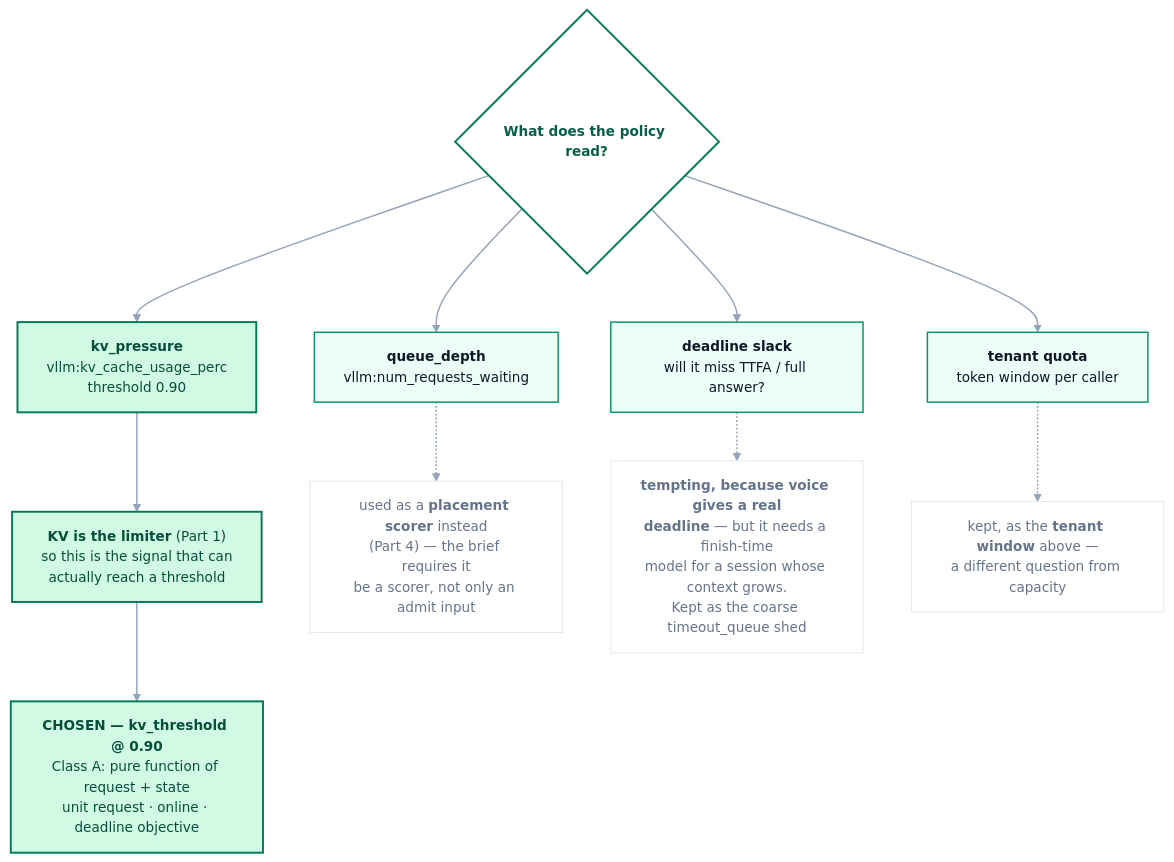
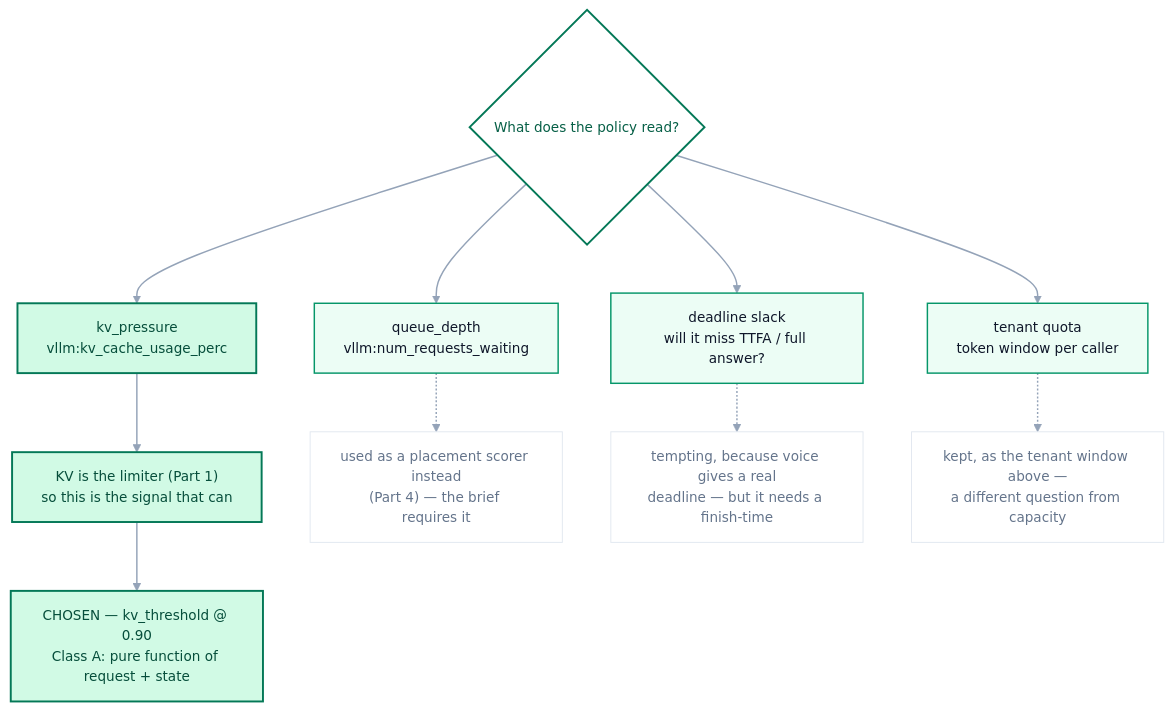
The fifth of 7 diagrams in SUBMISSION.md (harshuljain13/Dodona), drawn with Mermaid before and after one commit. The commit also changed other lines of this file and 17 other files, not shown here.

````diff
--- a/SUBMISSION.md
+++ b/SUBMISSION.md
@@ -604,51 +604,51 @@
 ```mermaid
 %%{init: {'theme':'base','themeVariables':{
   'fontFamily':'ui-sans-serif, -apple-system, Segoe UI, Inter, Helvetica, Arial, sans-serif','fontSize':'14px',
   'primaryColor':'#ecfdf5','primaryTextColor':'#0f172a','primaryBorderColor':'#059669',
   'secondaryColor':'#f8fafc','tertiaryColor':'#ffffff',
   'lineColor':'#94a3b8','textColor':'#1e293b',
   'clusterBkg':'#ffffff','clusterBorder':'#a7f3d0',
   'edgeLabelBackground':'#ffffff','nodeBorder':'#059669'
 }}}%%
 flowchart TD
-    S{"<b>What does the policy read?</b>"}
-    KV["<b>kv_pressure</b><br/>vllm:kv_cache_usage_perc<br/>threshold 0.90"]
-    QD["<b>queue_depth</b><br/>vllm:num_requests_waiting"]
-    DL["<b>deadline slack</b><br/>will it miss TTFA / full answer?"]
-    TQ["<b>tenant quota</b><br/>token window per caller"]
+    S{"What does the policy read?"}
+    KV["kv_pressure<br/>vllm:kv_cache_usage_perc"]
+    QD["queue_depth<br/>vllm:num_requests_waiting"]
+    DL["deadline slack<br/>will it miss TTFA / full answer?"]
+    TQ["tenant quota<br/>token window per caller"]
 
-    KVY["<b>KV is the limiter</b> (Part 1)<br/>so this is the signal that can<br/>actually reach a threshold"]
-    QDX["used as a <b>placement scorer</b> instead<br/>(Part 4) — the brief requires it<br/>be a scorer, not only an admit input"]
-    DLX["<b>tempting, because voice gives a real<br/>deadline</b> — but it needs a finish-time<br/>model for a session whose context grows.<br/>Kept as the coarse timeout_queue shed"]
-    TQX["kept, as the <b>tenant window</b> above —<br/>a different question from capacity"]
+    KVY["KV is the limiter (Part 1)<br/>so this is the signal that can"]
+    QDX["used as a placement scorer instead<br/>(Part 4) — the brief requires it"]
+    DLX["tempting, because voice gives a real<br/>deadline — but it needs a finish-time"]
+    TQX["kept, as the tenant window above —<br/>a different question from capacity"]
 
-    FIN["<b>CHOSEN — kv_threshold @ 0.90</b><br/>Class A: pure function of request + state<br/>unit request · online · deadline objective"]
+    FIN["CHOSEN — kv_threshold @ 0.90<br/>Class A: pure function of request + state"]
 
     S --> KV & QD & DL & TQ
     KV --> KVY ==> FIN
     QD -.-> QDX
     DL -.-> DLX
     TQ -.-> TQX
 
     class KV,KVY,FIN pick
     class S gate
     class QD,TQ,DL alt
     class QDX,DLX,TQX note
 
     classDef primary   fill:#ecfdf5,stroke:#059669,stroke-width:1.5px,color:#0f172a
     classDef secondary fill:#f0fdf4,stroke:#16a34a,stroke-width:1.5px,color:#0f172a
     classDef accent    fill:#ffffff,stroke:#059669,stroke-width:1.5px,color:#0f172a
     classDef decision  fill:#ffffff,stroke:#047857,stroke-width:2px,color:#065f46
     classDef gate      fill:#ffffff,stroke:#047857,stroke-width:2px,color:#065f46
     classDef data      fill:#f0fdf4,stroke:#16a34a,stroke-width:1.5px,color:#0f172a
     classDef neutral   fill:#f8fafc,stroke:#cbd5e1,stroke-width:1.5px,color:#475569
     classDef success   fill:#d1fae5,stroke:#047857,stroke-width:1.5px,color:#065f46
     classDef out       fill:#d1fae5,stroke:#047857,stroke-width:1.5px,color:#065f46
     classDef input     fill:#ffffff,stroke:#94a3b8,stroke-width:1.5px,color:#334155
     classDef highlight fill:#dcfce7,stroke:#15803d,stroke-width:1.5px,color:#14532d
     classDef pick      fill:#d1fae5,stroke:#047857,stroke-width:2px,color:#064e3b
     classDef alt       fill:#ecfdf5,stroke:#059669,stroke-width:1.5px,color:#0f172a
     classDef dead      fill:#ffffff,stroke:#e2e8f0,stroke-width:1.5px,color:#94a3b8
     classDef note      fill:#ffffff,stroke:#e2e8f0,stroke-width:1px,color:#64748b
     linkStyle default stroke:#94a3b8,stroke-width:1.5px
 ```
````
